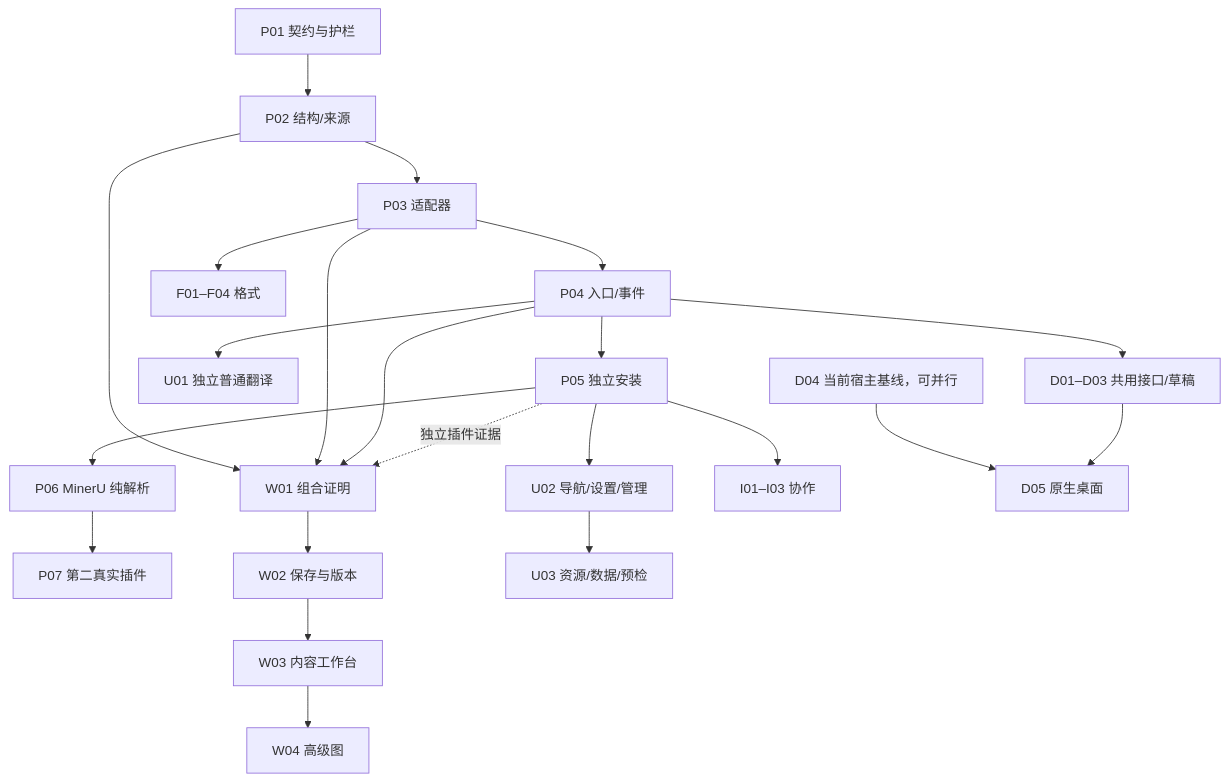
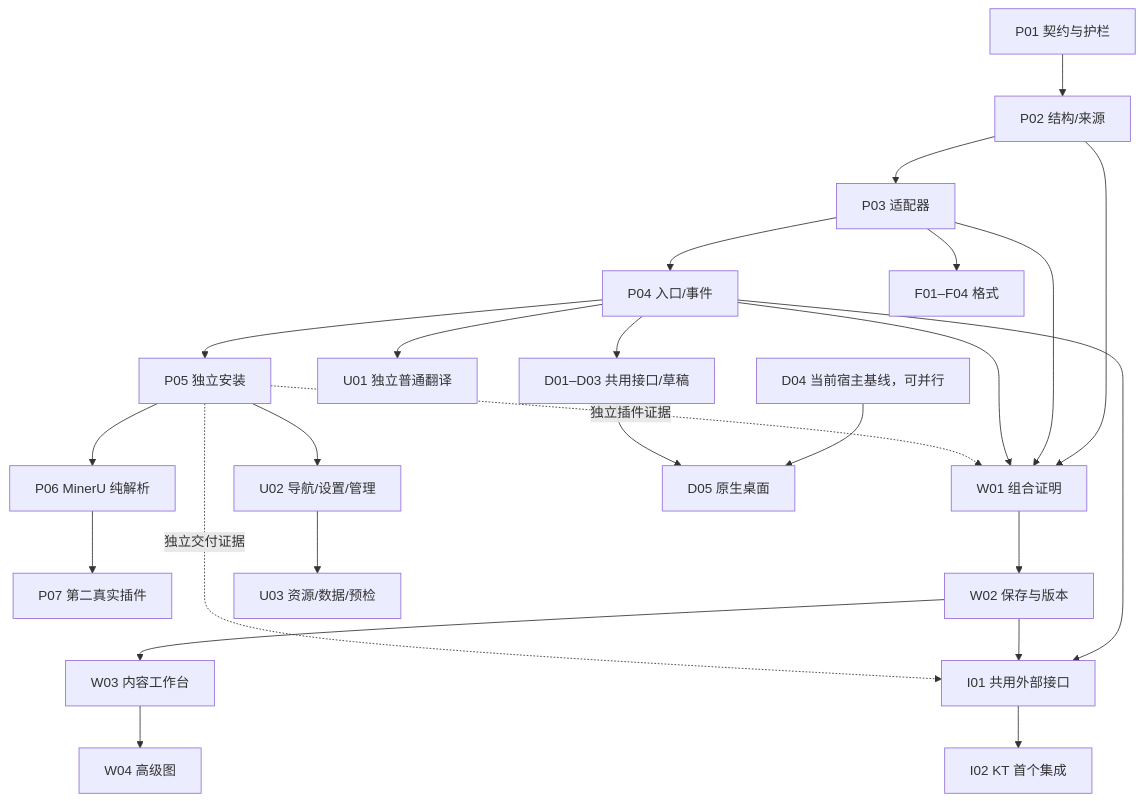
One commit to KongouAirlines/ivoraige changed the diagram in docs/plan/0.1.x/README.md. Above: the diagram before and after it, drawn with Mermaid. The commit also changed 10 other files, not shown here.

````diff
--- a/docs/plan/0.1.x/README.md
+++ b/docs/plan/0.1.x/README.md
@@ -28,24 +28,27 @@
 ```mermaid
 flowchart TD
   P01["P01 契约与护栏"] --> P02["P02 结构/来源"]
   P02 --> P03["P03 适配器"]
   P03 --> P04["P04 入口/事件"]
   P04 --> P05["P05 独立安装"]
   P05 --> P06["P06 MinerU 纯解析"]
   P06 --> P07["P07 第二真实插件"]
   P02 --> W01["W01 组合证明"]
   P03 --> W01
   P04 --> W01
   P05 -. "独立插件证据" .-> W01
   W01 --> W02["W02 保存与版本"]
   W02 --> W03["W03 内容工作台"]
   W03 --> W04["W04 高级图"]
   P04 --> U01["U01 独立普通翻译"]
   P05 --> U02["U02 导航/设置/管理"]
   U02 --> U03["U03 资源/数据/预检"]
   P03 --> Formats["F01–F04 格式"]
-  P05 --> Integrations["I01–I03 协作"]
+  P04 --> I01["I01 共用外部接口"]
+  W02 --> I01
+  I01 --> I02["I02 KT 首个集成"]
+  P05 -. "独立交付证据" .-> I01
   D04["D04 当前宿主基线，可并行"] --> D05["D05 原生桌面"]
   P04 --> Desktop["D01–D03 共用接口/草稿"]
   Desktop --> D05
 ```
````
